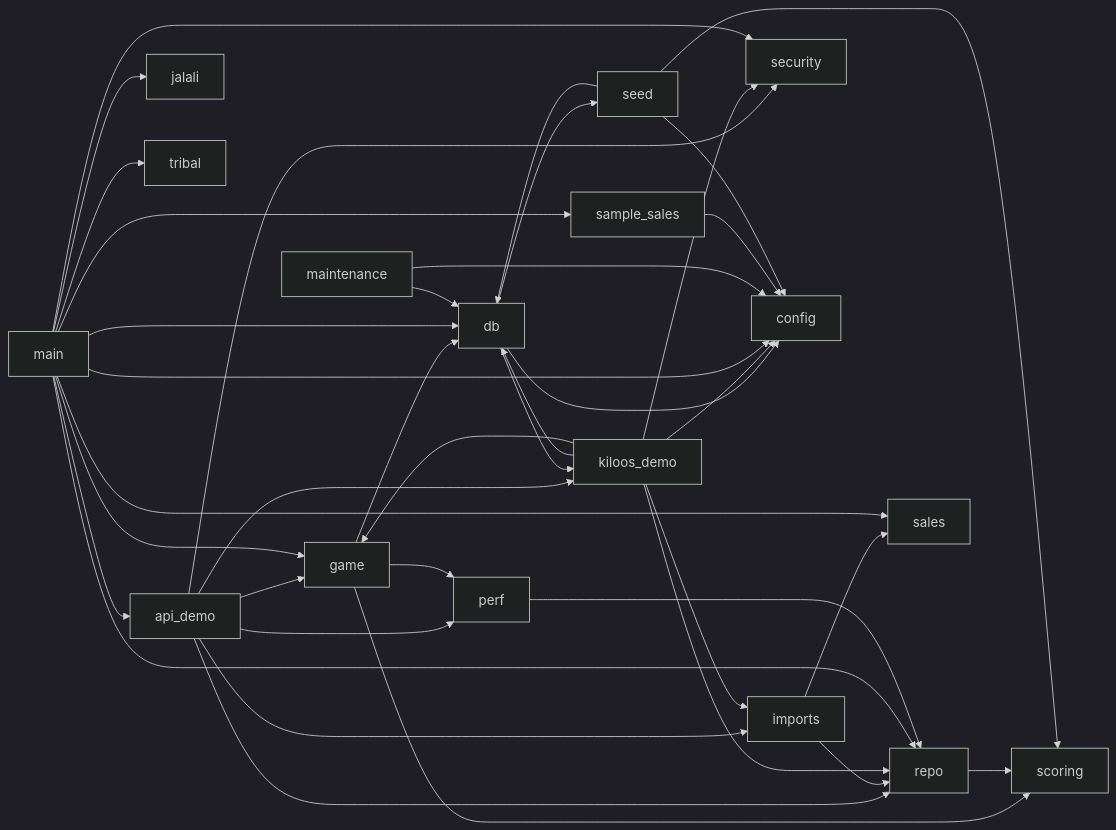
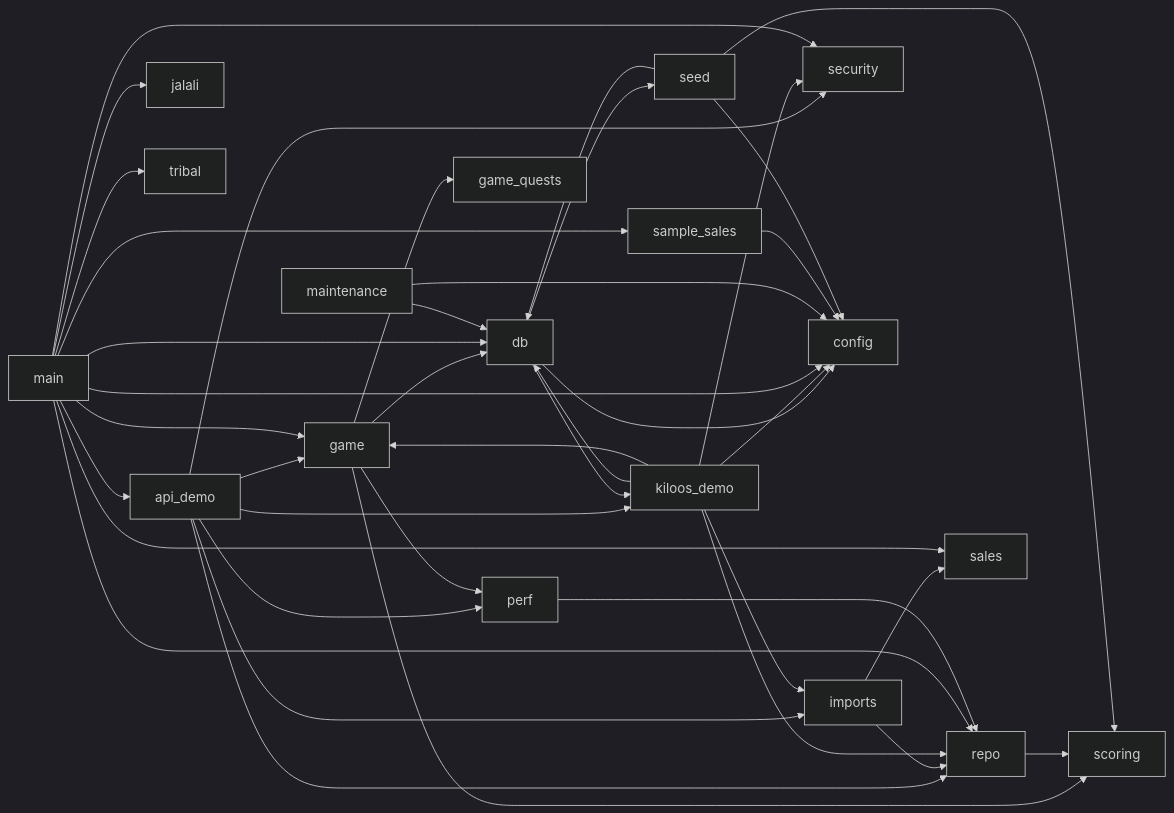
The diagram in docs/agent-guide/code-map.md (iciiex/comu-center), drawn with Mermaid (dark theme) before and after one commit. The commit also changed other lines of this file and 7 other files, not shown here.

First line of the commit message:
Kiloos game demo: weekly quests with server-verified claims (DEMO)

````diff
--- a/docs/agent-guide/code-map.md
+++ b/docs/agent-guide/code-map.md
@@ -51,41 +52,42 @@
 ```mermaid
 graph LR
     api_demo --> game
     api_demo --> imports
     api_demo --> kiloos_demo
     api_demo --> perf
     api_demo --> repo
     api_demo --> security
     db --> config
     db --> kiloos_demo
     db --> seed
     game --> db
+    game --> game_quests
     game --> perf
     game --> scoring
     imports --> repo
     imports --> sales
     kiloos_demo --> config
     kiloos_demo --> db
     kiloos_demo --> game
     kiloos_demo --> imports
     kiloos_demo --> repo
     kiloos_demo --> security
     main --> api_demo
     main --> config
     main --> db
     main --> game
     main --> jalali
     main --> repo
     main --> sales
     main --> sample_sales
     main --> security
     main --> tribal
     maintenance --> config
     maintenance --> db
     perf --> repo
     repo --> scoring
     sample_sales --> config
     seed --> config
     seed --> db
     seed --> scoring
 ```
````
